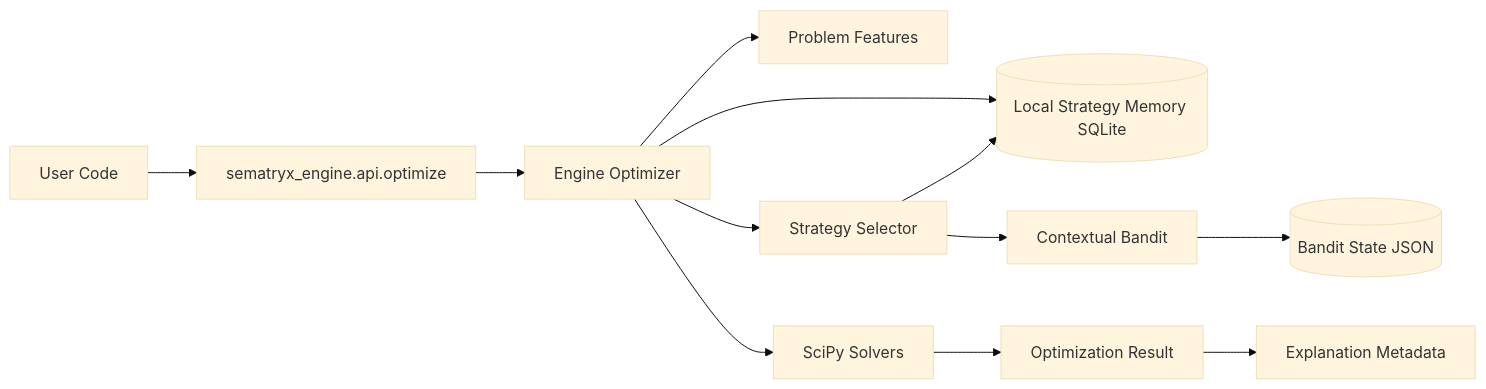
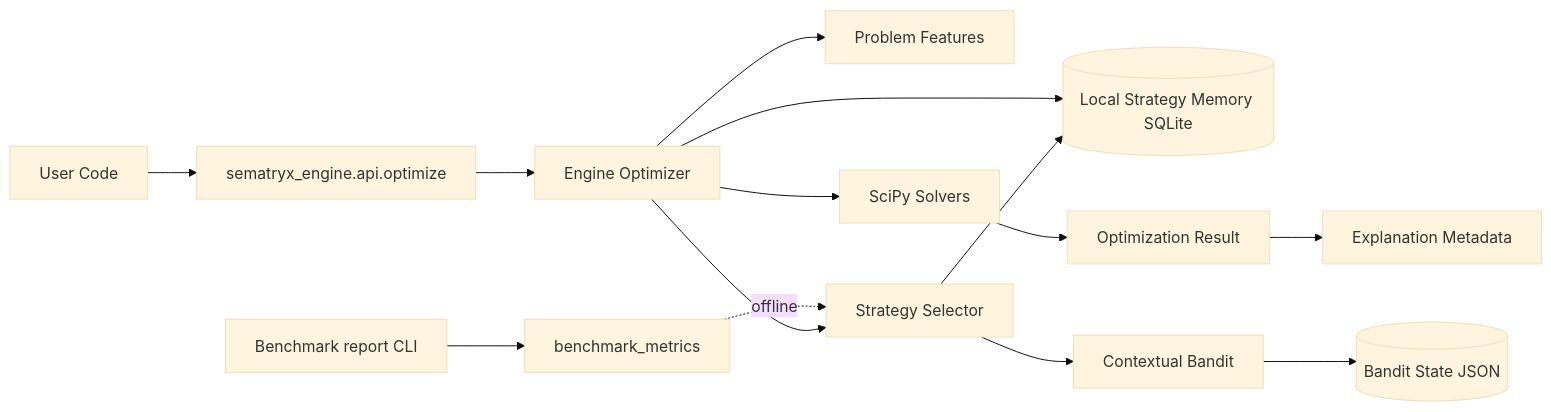
The diagram in docs/architecture/SYSTEM_OVERVIEW.md (sematryx/sematryx-engine), drawn with Mermaid (base theme) before and after one commit. The commit also changed other lines of this file and 14 other files, not shown here.

First line of the commit message:
Add benchmark trend reporting and shared benchmark_metrics module. (#5)

````diff
--- a/docs/architecture/SYSTEM_OVERVIEW.md
+++ b/docs/architecture/SYSTEM_OVERVIEW.md
@@ -3,14 +3,16 @@
 ```mermaid
 flowchart LR
     U[User Code] --> API[sematryx_engine.api.optimize]
     API --> OPT[Engine Optimizer]
     OPT --> FEAT[Problem Features]
     OPT --> SEL[Strategy Selector]
     SEL --> MEM[(Local Strategy Memory SQLite)]
     SEL --> BANDIT[Contextual Bandit]
     BANDIT --> BANDIT_STATE[(Bandit State JSON)]
     OPT --> SOLV[SciPy Solvers]
     SOLV --> RES[Optimization Result]
     OPT --> MEM
     RES --> EXP[Explanation Metadata]
+    GEN[Benchmark report CLI] --> BMET[benchmark_metrics]
+    BMET -. offline .-> SEL
 ```
````
